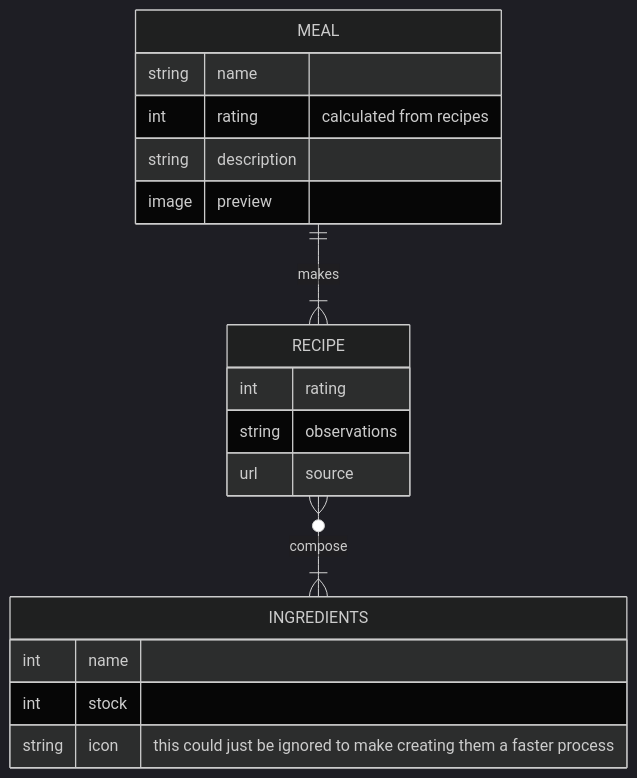
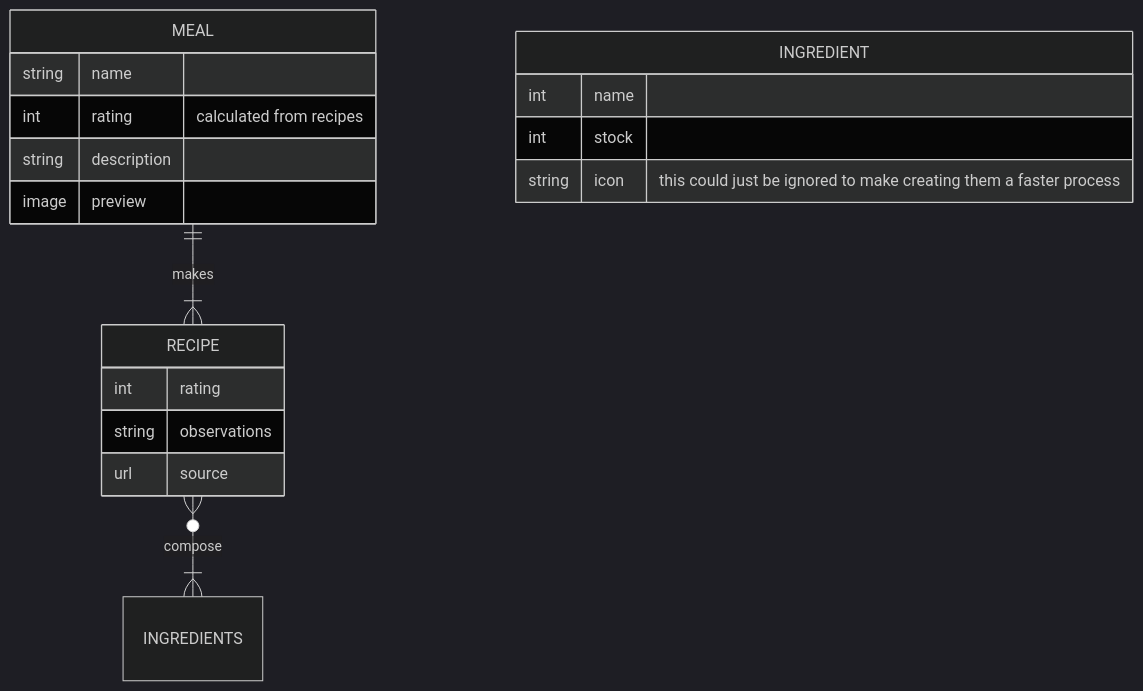
Before and after one commit to mrdarip/notion-recipes: the diagram in docs/ER-graph.md, drawn with Mermaid (dark theme). The commit also changed 1 other file, not shown here.

Commit message:
created classes diagram

````diff
--- a/docs/ER-graph.md
+++ b/docs/ER-graph.md
@@ -1,24 +1,24 @@
 ```mermaid
 erDiagram
     MEAL 1 to 1+ RECIPE: makes
     RECIPE 0+ to 1+ INGREDIENTS:compose
 
     MEAL{
         string name
         int rating "calculated from recipes"
         string description
         image preview
     }
 
     RECIPE{
         int rating
         string observations
         url source
     }
 
-    INGREDIENTS{
+    INGREDIENT{
         int name
         int stock
         string icon "this could just be ignored to make creating them a faster process"
     }
 ```
````
